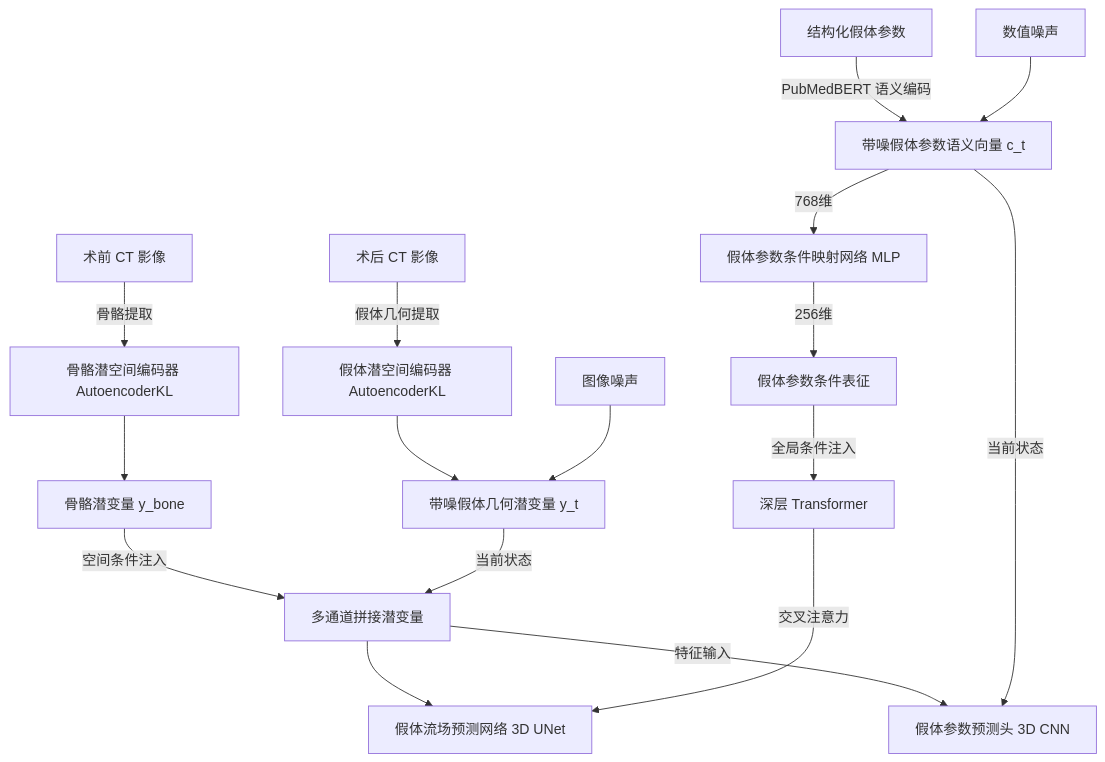
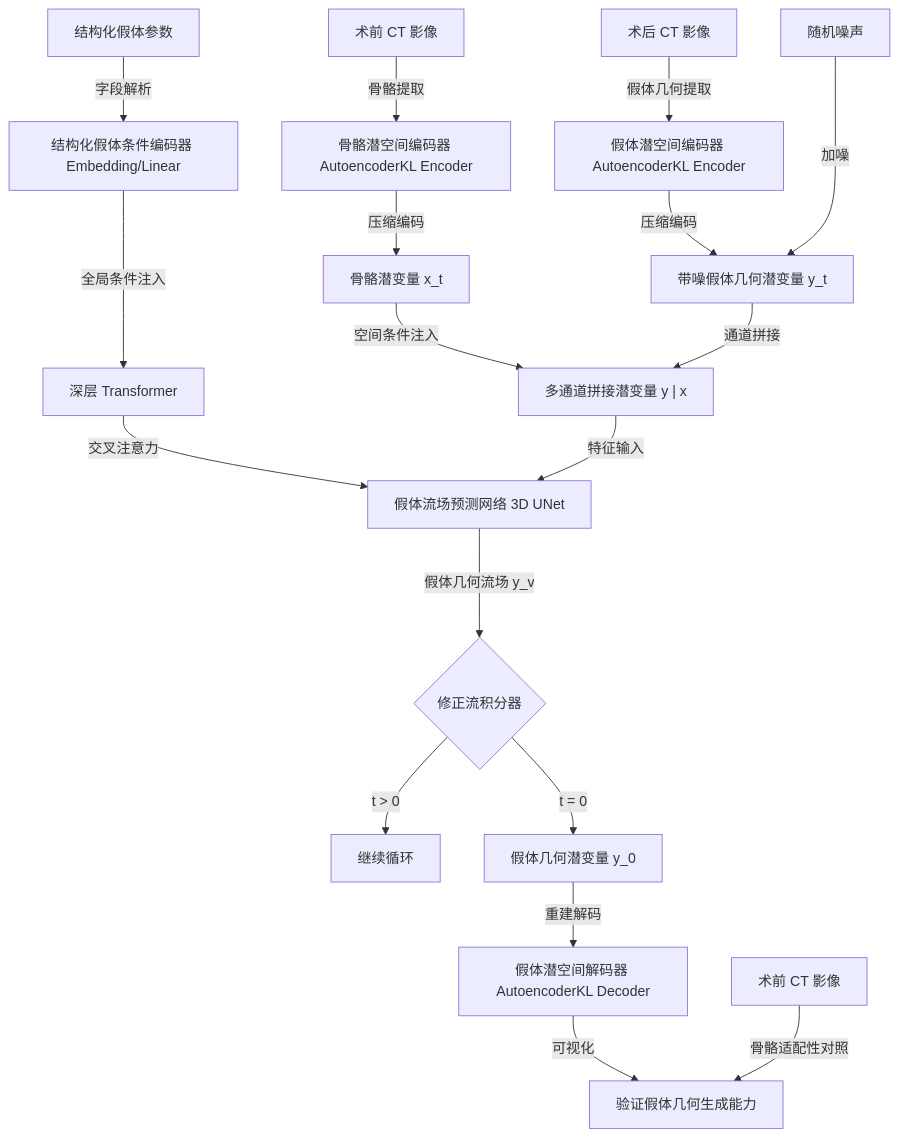
The first of 4 diagrams in README.md (doidio/nonahip), drawn with Mermaid before and after one commit. The commit also changed other lines of this file and 8 other files, not shown here.

````diff
--- a/README.md
+++ b/README.md
@@ -64,47 +64,51 @@
 ```mermaid
 flowchart TB
   %% 输入数据
   pre_ct["术前 CT 影像"]
   post_ct["术后 CT 影像"]
   param_record["结构化假体参数"]
 
   %% 潜空间状态
-  z_bone["骨骼潜变量 y_bone"]
+  z_bone["骨骼潜变量 x_t"]
   z_impl_t["带噪假体几何潜变量 y_t"]
-  c_t["带噪假体参数语义向量 c_t"]
-  c_token["假体参数条件表征"]
-  eps_y["图像噪声"]
-  eps_c["数值噪声"]
+  eps_y["随机噪声"]
 
   %% 多模态输入
-  z_concat["多通道拼接潜变量"]
+  z_concat["多通道拼接潜变量 y | x"]
 
   %% 网络模块
-  bone_encoder["骨骼潜空间编码器 AutoencoderKL"]
-  impl_encoder["假体潜空间编码器 AutoencoderKL"]
+  bone_encoder["骨骼潜空间编码器 AutoencoderKL Encoder"]
+  impl_encoder["假体潜空间编码器 AutoencoderKL Encoder"]
   geom_flow["假体流场预测网络 3D UNet"]
-  param_flow["假体参数预测头 3D CNN"]
-  param_embedder["假体参数条件映射网络 MLP"]
-  deep_transformer["深层 Transformer"]
+  param_embedder["结构化假体条件编码器 Embedding/Linear"]
+  transformer["深层 Transformer"]
 
   %% 编码与加噪
-  pre_ct -->|骨骼提取| bone_encoder --> z_bone
-  post_ct -->|假体几何提取| impl_encoder --> z_impl_t
-  eps_y --> z_impl_t
+  pre_ct -->|骨骼提取| bone_encoder -->|压缩编码| z_bone
+  post_ct -->|假体几何提取| impl_encoder -->|压缩编码| z_impl_t
+  eps_y --->|加噪| z_impl_t
 
-  param_record -->|PubMedBERT 语义编码| c_t
-  eps_c --> c_t
-  
-  c_t -->|768维| param_embedder -->|256维| c_token
+  param_record -->|字段解析| param_embedder
+  param_embedder --->|全局条件注入| transformer
 
   %% 条件注入
   z_bone -->|空间条件注入| z_concat
-  z_impl_t -->|当前状态| z_concat
+  z_impl_t -->|通道拼接| z_concat
+  transformer -->|交叉注意力| geom_flow
 
-  z_concat --> geom_flow
-  c_token -->|全局条件注入| deep_transformer
-  deep_transformer --->|交叉注意力| geom_flow
+  z_concat -->|特征输入| geom_flow
 
-  z_concat -->|特征输入| param_flow
-  c_t -->|当前状态| param_flow
+  %% 流场积分与解码评价
+  flow_solver{"修正流积分器"}
+  loop_cont["继续循环"]
+  z_impl_0["假体几何潜变量 y_0"]
+  impl_decoder["假体潜空间解码器 AutoencoderKL Decoder"]
+  eval_pre_ct["术前 CT 影像"]
+  geom_eval["验证假体几何生成能力"]
+
+  geom_flow --->|假体几何流场 y_v| flow_solver
+  flow_solver -->|t &gt; 0| loop_cont
+  flow_solver -->|t = 0| z_impl_0
+  z_impl_0 -->|重建解码| impl_decoder -->|可视化| geom_eval
+  eval_pre_ct -->|骨骼适配性对照| geom_eval
 ```
````
